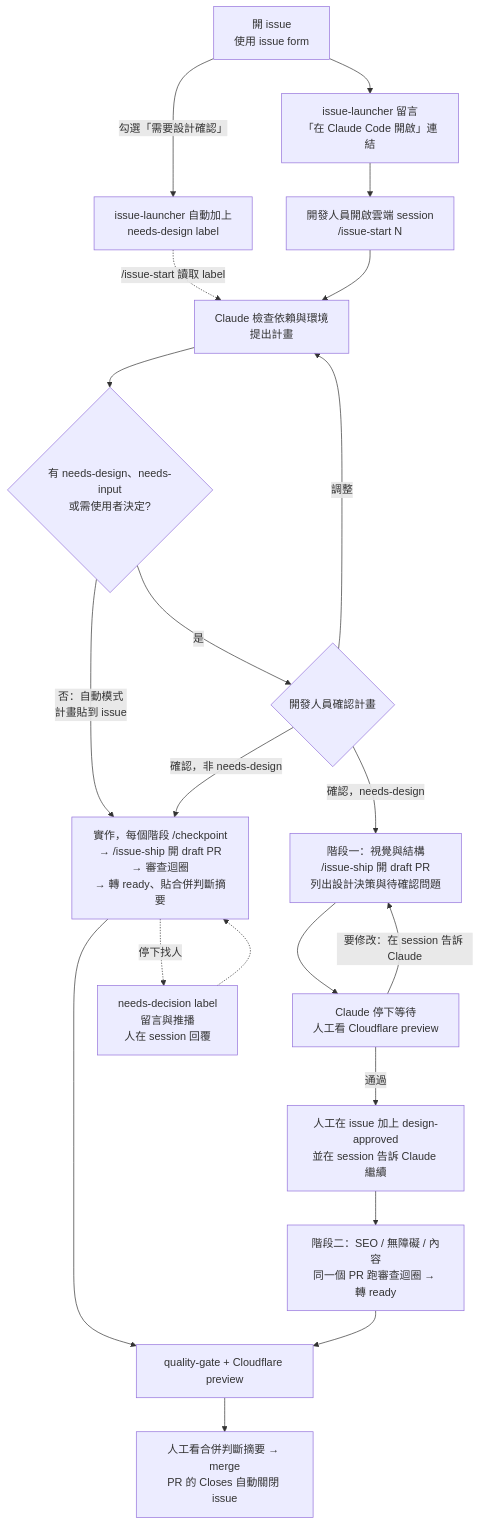
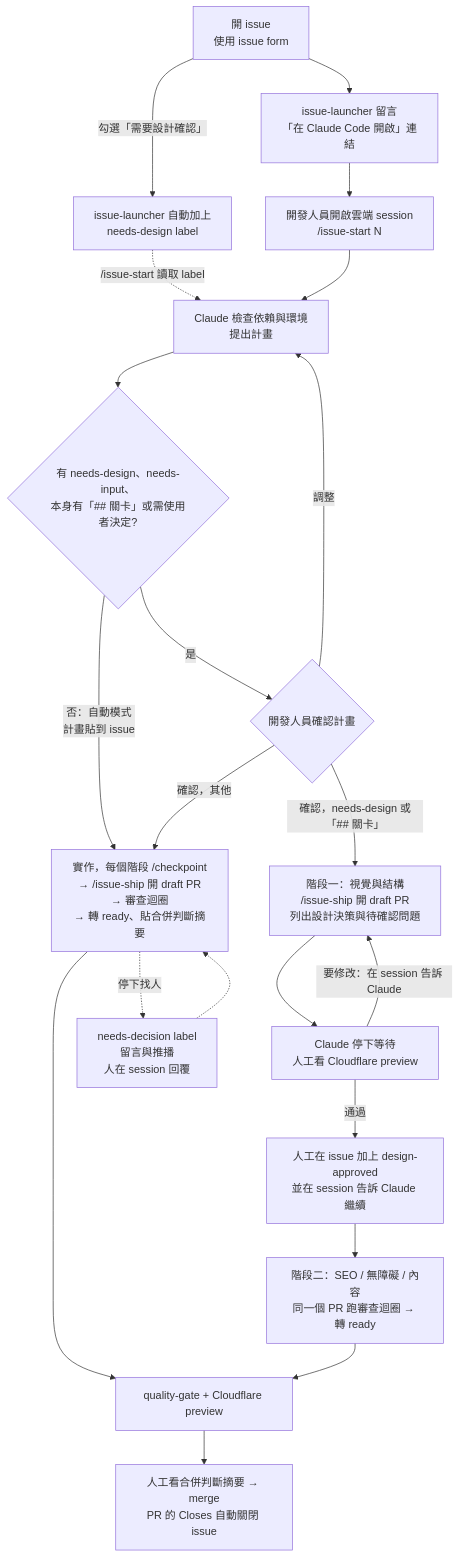
One commit to TPI-WenpinLiao/tpi-website-ai-poc changed the diagram in README.md. Above: the diagram before and after it, drawn with Mermaid. The commit also changed 5 other files, not shown here.

````diff
--- a/README.md
+++ b/README.md
@@ -14,24 +14,24 @@
 ```mermaid
 flowchart TD
   A[開 issue<br/>使用 issue form] --> B[issue-launcher 留言<br/>「在 Claude Code 開啟」連結]
   A -->|勾選「需要設計確認」| L[issue-launcher 自動加上<br/>needs-design label]
   B --> C[開發人員開啟雲端 session<br/>/issue-start N]
   L -.->|/issue-start 讀取 label| D
   C --> D[Claude 檢查依賴與環境<br/>提出計畫]
-  D --> F{有 needs-design、needs-input<br/>或需使用者決定?}
+  D --> F{有 needs-design、needs-input、<br/>本身有「## 關卡」或需使用者決定?}
   F -->|否：自動模式<br/>計畫貼到 issue| G[實作，每個階段 /checkpoint<br/>→ /issue-ship 開 draft PR<br/>→ 審查迴圈<br/>→ 轉 ready、貼合併判斷摘要]
   F -->|是| E{開發人員確認計畫}
   E -->|調整| D
-  E -->|確認，非 needs-design| G
-  E -->|確認，needs-design| H
+  E -->|確認，其他| G
+  E -->|確認，needs-design 或「## 關卡」| H
   H[階段一：視覺與結構<br/>/issue-ship 開 draft PR<br/>列出設計決策與待確認問題]
   H --> P[Claude 停下等待<br/>人工看 Cloudflare preview]
   P -->|要修改：在 session 告訴 Claude| H
   P -->|通過| Q[人工在 issue 加上 design-approved<br/>並在 session 告訴 Claude 繼續]
   Q --> J[階段二：SEO / 無障礙 / 內容<br/>同一個 PR 跑審查迴圈 → 轉 ready]
   G --> K[quality-gate + Cloudflare preview]
   J --> K
   G -.->|停下找人| N[needs-decision label<br/>留言與推播<br/>人在 session 回覆]
   N -.-> G
   K --> M[人工看合併判斷摘要 → merge<br/>PR 的 Closes 自動關閉 issue]
 ```
````
